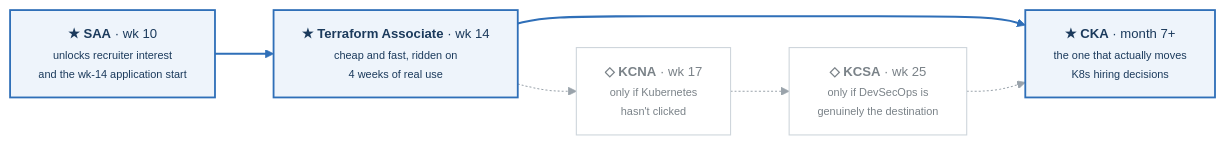
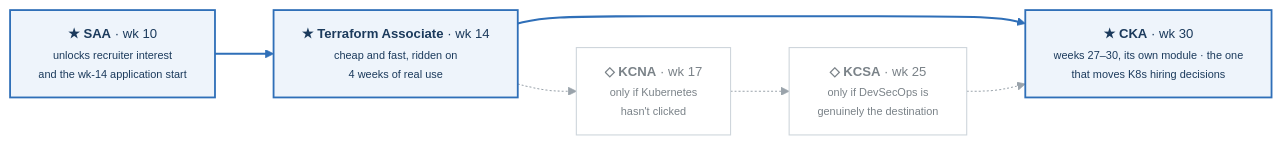
The diagram in CERTIFICATIONS.md (Twolliston-CPG/Mastery), drawn with Mermaid before and after one commit. The commit also changed other lines of this file and 381 other files, not shown here.

First line of the commit message:
Merge upstream/main: CKA module, Kubernetes mastery, policy as code, GCP suspend/resume (#11)

````diff
--- a/CERTIFICATIONS.md
+++ b/CERTIFICATIONS.md
@@ -43,24 +43,24 @@
 ```mermaid
 %%{init: {'theme':'base','themeVariables':{'fontFamily':'Helvetica, Arial, sans-serif','fontSize':'13px','primaryColor':'#ffffff','primaryTextColor':'#2d3436','primaryBorderColor':'#9aa3ab','lineColor':'#9aa3ab','textColor':'#2d3436','clusterBkg':'#fbfcfd','clusterBorder':'#d4dae0','edgeLabelBackground':'#ffffff','tertiaryColor':'#eef4fb'},'flowchart':{'curve':'basis','padding':14,'nodeSpacing':42,'rankSpacing':58}}}%%
 flowchart LR
   classDef default fill:#ffffff,stroke:#9aa3ab,stroke-width:1.3px,color:#2d3436
   classDef n    fill:#ffffff,stroke:#9aa3ab,stroke-width:1.3px,color:#2d3436
   classDef crit fill:#eef4fb,stroke:#2f6fb8,stroke-width:1.8px,color:#1b3a5c
   classDef data fill:#f4f7fa,stroke:#9aa3ab,stroke-width:1.3px,color:#2d3436
   classDef mut  fill:#ffffff,stroke:#cfd6dc,stroke-width:1.1px,color:#7a8288
   classDef warn fill:#fdf0ec,stroke:#c0522d,stroke-width:1.6px,color:#8a3a1e
 
   SAA["<b>★ SAA</b> · wk 10<br/><small>unlocks recruiter interest<br/>and the wk-14 application start</small>"]:::crit
   TF["<b>★ Terraform Associate</b> · wk 14<br/><small>cheap and fast, ridden on<br/>4 weeks of real use</small>"]:::crit
   KCNA["<b>◇ KCNA</b> · wk 17<br/><small>only if Kubernetes<br/>hasn't clicked</small>"]:::mut
   KCSA["<b>◇ KCSA</b> · wk 25<br/><small>only if DevSecOps is<br/>genuinely the destination</small>"]:::mut
-  CKA["<b>★ CKA</b> · month 7+<br/><small>the one that actually moves<br/>K8s hiring decisions</small>"]:::crit
+  CKA["<b>★ CKA</b> · wk 30<br/><small>weeks 27–30, its own module · the one<br/>that moves K8s hiring decisions</small>"]:::crit
 
   SAA --> TF
   TF -.-> KCNA
   TF --> CKA
   KCNA -.-> KCSA
   KCSA -.-> CKA
 
   linkStyle 0,2 stroke:#2f6fb8,stroke-width:2px
 ```
````
